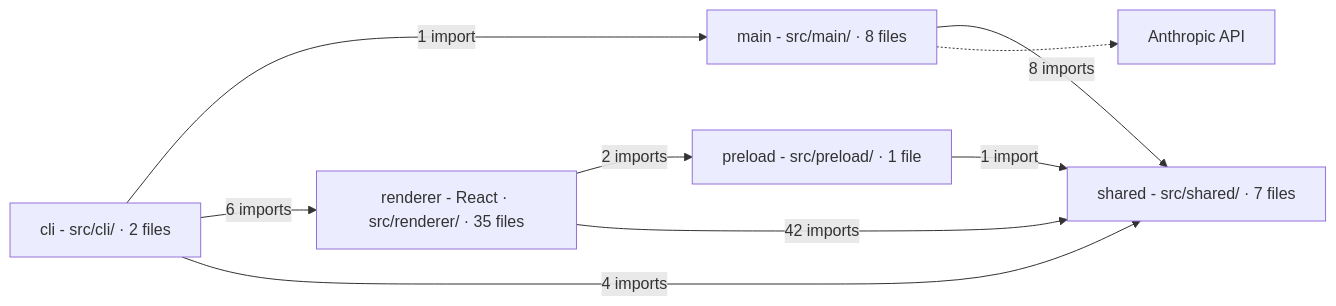
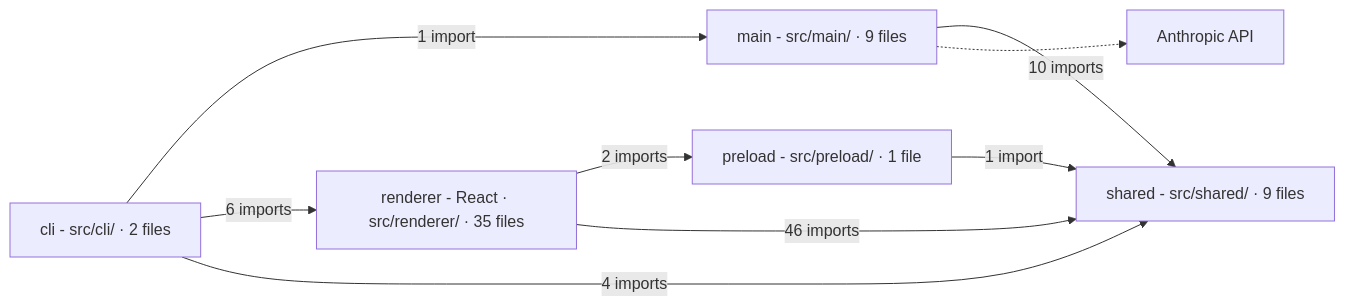
The diagram in docs/architecture.md (Sarthak-47/crtgrphr), drawn with Mermaid before and after one commit. The commit also changed 26 other files, not shown here.

````diff
--- a/docs/architecture.md
+++ b/docs/architecture.md
@@ -3,20 +3,20 @@
 ```mermaid
 flowchart LR
   dir_src_cli["cli - src/cli/ · 2 files"]
-  dir_src_main["main - src/main/ · 8 files"]
+  dir_src_main["main - src/main/ · 9 files"]
   dir_src_preload["preload - src/preload/ · 1 file"]
   dir_src_renderer["renderer - React · src/renderer/ · 35 files"]
-  dir_src_shared["shared - src/shared/ · 7 files"]
+  dir_src_shared["shared - src/shared/ · 9 files"]
   anthropic_api["Anthropic API"]
   dir_src_cli -->|"1 import"| dir_src_main
   dir_src_cli -->|"6 imports"| dir_src_renderer
   dir_src_cli -->|"4 imports"| dir_src_shared
-  dir_src_main -->|"8 imports"| dir_src_shared
+  dir_src_main -->|"10 imports"| dir_src_shared
   dir_src_preload -->|"1 import"| dir_src_shared
   dir_src_renderer -->|"2 imports"| dir_src_preload
-  dir_src_renderer -->|"42 imports"| dir_src_shared
+  dir_src_renderer -->|"46 imports"| dir_src_shared
   dir_src_main -.-> anthropic_api
   class dir_src_cli,dir_src_main,dir_src_preload,dir_src_shared backend
   class dir_src_renderer frontend
   class anthropic_api service
 ```
````
